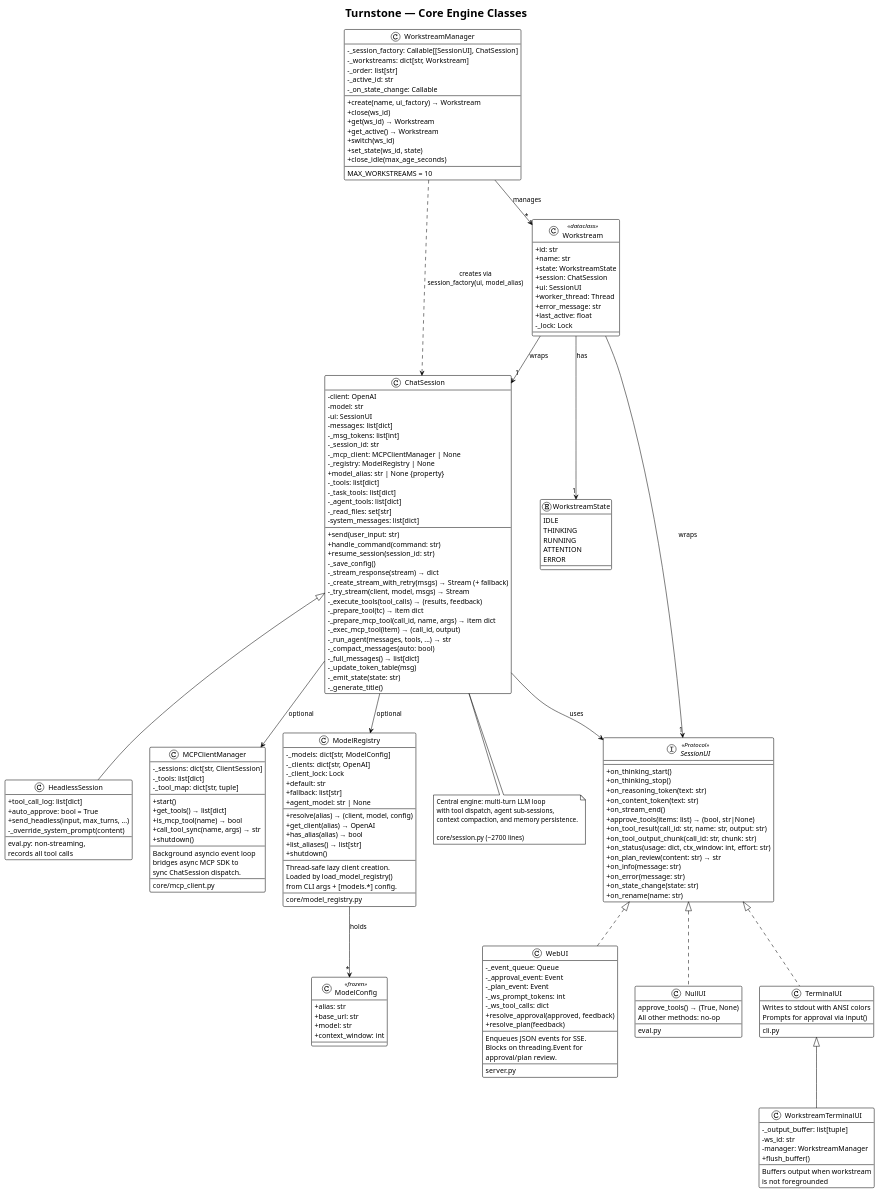
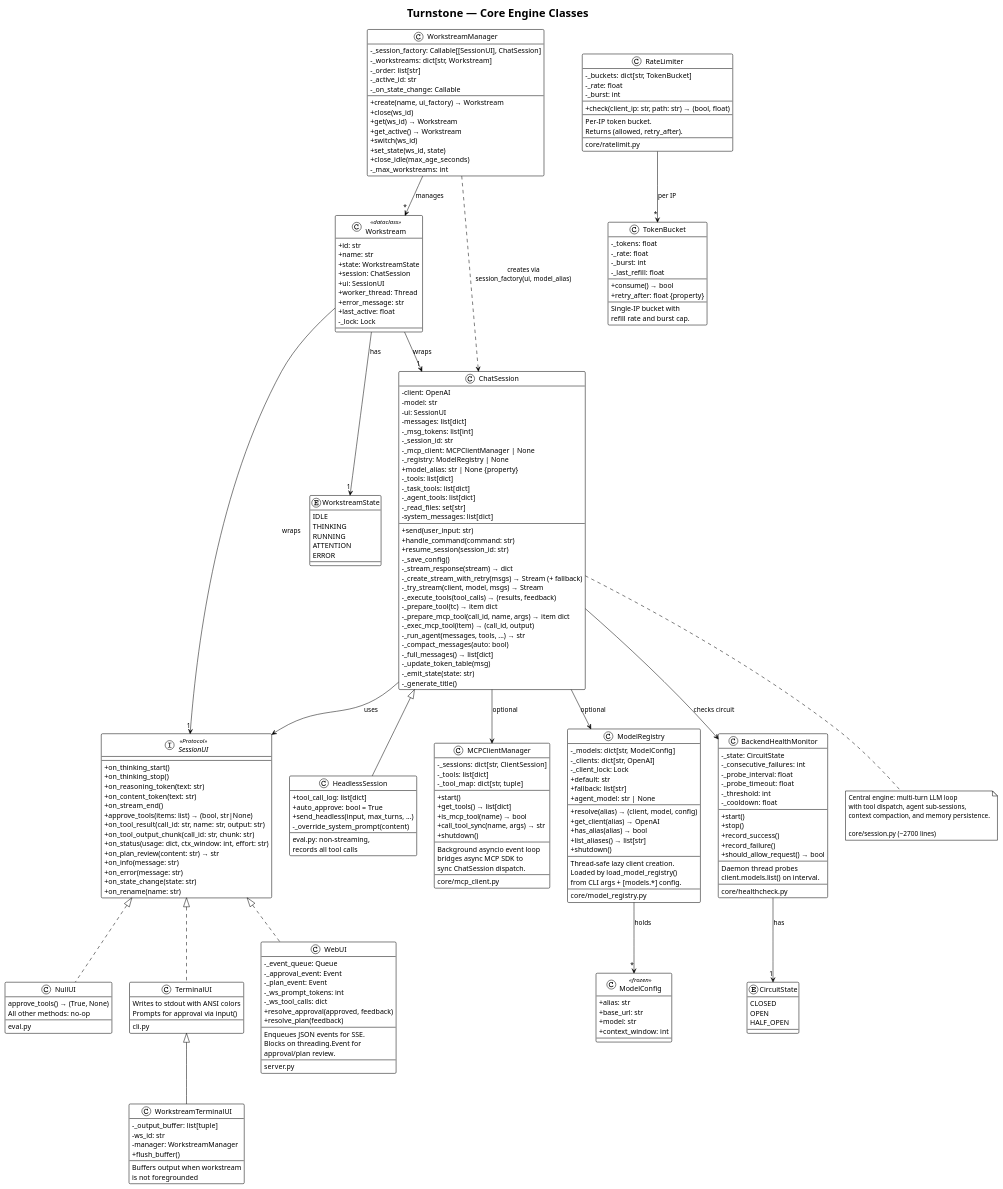
The diagram in docs/diagrams/03-core-engine-classes.puml (turnstonelabs/turnstone), drawn with PlantUML before and after one commit. The commit also changed 25 other files, not shown here.

First line of the commit message:
Add operational features: health degradation, rate limiting, workstre… (#10)

```diff
--- a/docs/diagrams/03-core-engine-classes.puml
+++ b/docs/diagrams/03-core-engine-classes.puml
@@ -125,8 +125,7 @@
     + switch(ws_id)
     + set_state(ws_id, state)
     + close_idle(max_age_seconds)
-    --
-    MAX_WORKSTREAMS = 10
+    - _max_workstreams: int
 }
 
 ' Workstream
@@ -199,6 +198,62 @@
     + context_window: int
 }
 
+' Circuit breaker state
+enum "CircuitState" as CircuitState {
+    CLOSED
+    OPEN
+    HALF_OPEN
+}
+
+' BackendHealthMonitor
+class "BackendHealthMonitor" as HealthMon {
+    - _state: CircuitState
+    - _consecutive_failures: int
+    - _probe_interval: float
+    - _probe_timeout: float
+    - _threshold: int
+    - _cooldown: float
+    --
+    + start()
+    + stop()
+    + record_success()
+    + record_failure()
+    + should_allow_request() → bool
+    --
+    Daemon thread probes
+    client.models.list() on interval.
+    --
+    core/healthcheck.py
+}
+
+' RateLimiter
+class "RateLimiter" as RateLimiter {
+    - _buckets: dict[str, TokenBucket]
+    - _rate: float
+    - _burst: int
+    --
+    + check(client_ip: str, path: str) → (bool, float)
+    --
+    Per-IP token bucket.
+    Returns (allowed, retry_after).
+    --
+    core/ratelimit.py
+}
+
+' TokenBucket
+class "TokenBucket" as TokenBucket {
+    - _tokens: float
+    - _rate: float
+    - _burst: int
+    - _last_refill: float
+    --
+    + consume() → bool
+    + retry_after: float {property}
+    --
+    Single-IP bucket with
+    refill rate and burst cap.
+}
+
 ' Relationships
 SessionUI <|.. TerminalUI
 TerminalUI <|-- WsTermUI
@@ -219,6 +274,10 @@
 
 ModelReg --> "*" ModelCfg : holds
 
+ChatSession --> HealthMon : checks circuit
+HealthMon --> "1" CircuitState : has
+RateLimiter --> "*" TokenBucket : per IP
+
 note bottom of ChatSession
   Central engine: multi-turn LLM loop
   with tool dispatch, agent sub-sessions,
```
